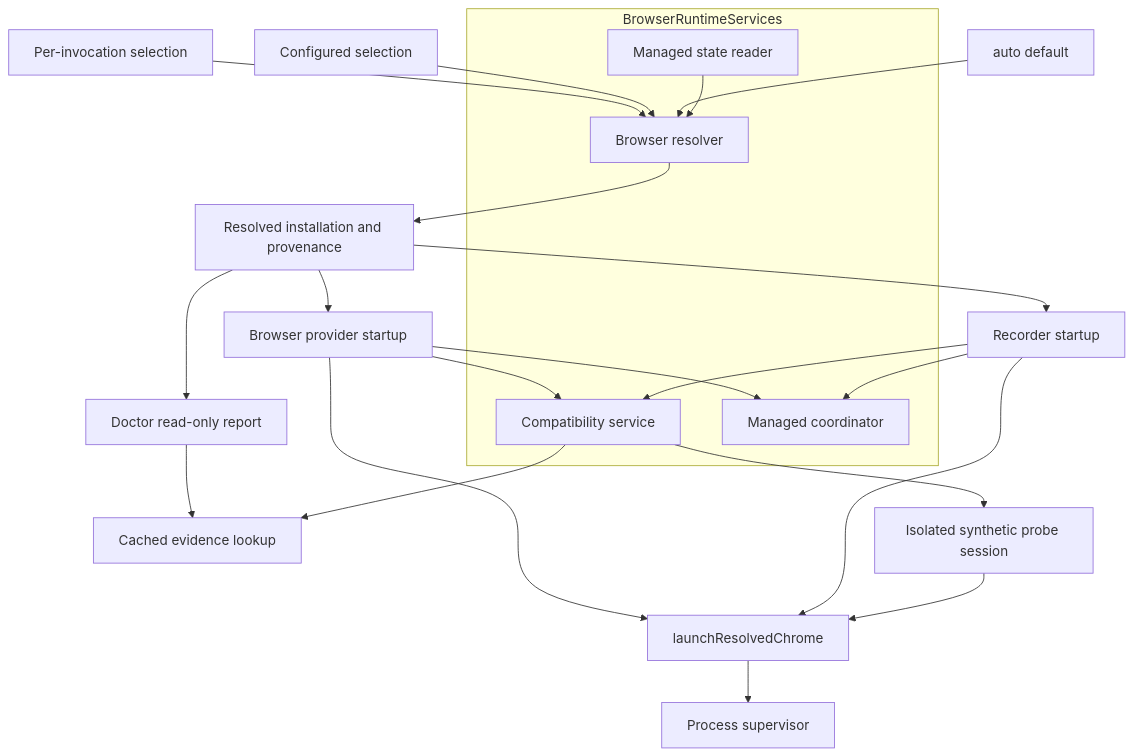
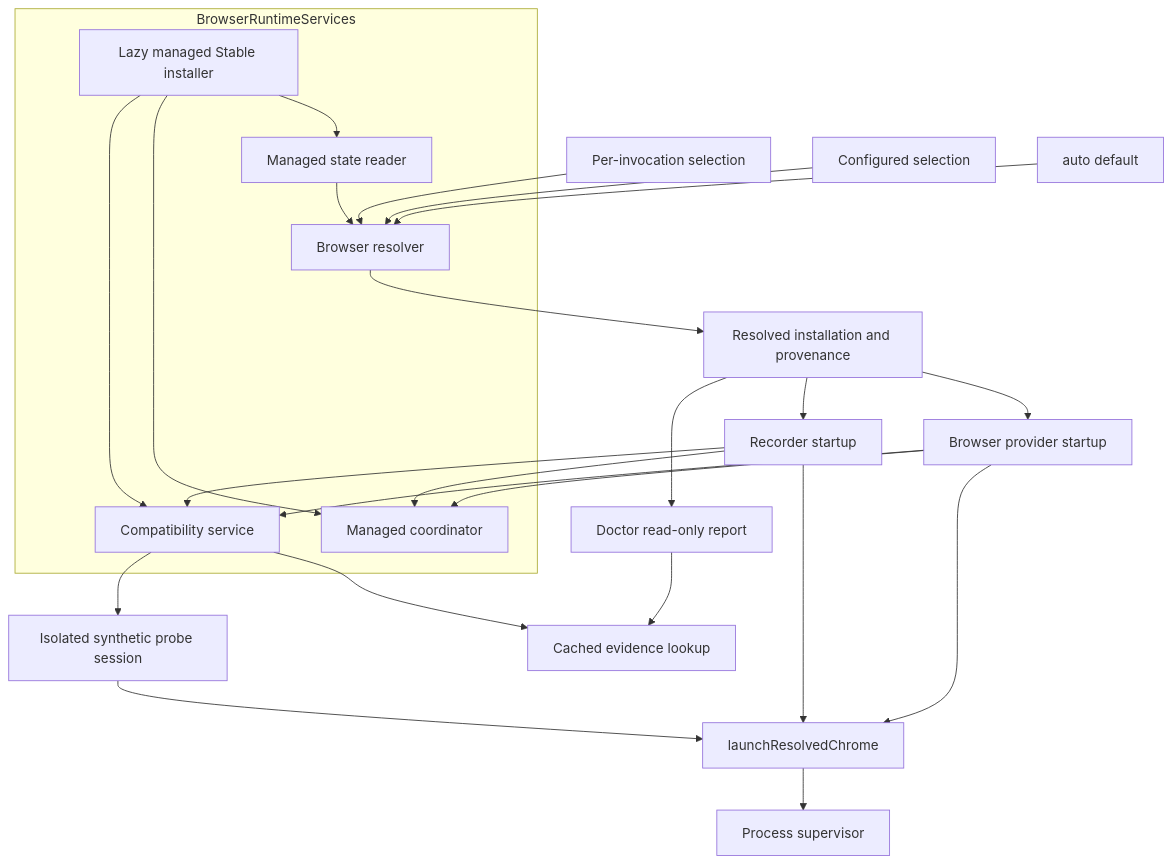
The fifth of 19 diagrams in docs/architecture.md (abranjith/yantra), drawn with Mermaid before and after one commit. The commit also changed other lines of this file and 47 other files, not shown here.

Commit message:
core refactor managed stable installation

````diff
--- a/docs/architecture.md
+++ b/docs/architecture.md
@@ -185,30 +190,34 @@
 ```mermaid
 flowchart TD
   Invocation[Per-invocation selection] --> Resolver
   Configured[Configured selection] --> Resolver
   Default[auto default] --> Resolver
 
   subgraph Services[BrowserRuntimeServices]
     Resolver[Browser resolver]
     Compatibility[Compatibility service]
     Coordinator[Managed coordinator]
     ManagedState[Managed state reader]
+    Installer[Lazy managed Stable installer]
   end
 
   ManagedState --> Resolver
+  Installer --> ManagedState
+  Installer --> Coordinator
+  Installer --> Compatibility
   Resolver --> Installation[Resolved installation and provenance]
   Installation --> Provider[Browser provider startup]
   Installation --> Recorder[Recorder startup]
   Installation --> Doctor[Doctor read-only report]
   Provider --> Coordinator
   Recorder --> Coordinator
   Provider --> Compatibility
   Recorder --> Compatibility
   Doctor --> Evidence[Cached evidence lookup]
   Compatibility --> Evidence
   Compatibility --> Probe[Isolated synthetic probe session]
   Provider --> Launch[launchResolvedChrome]
   Recorder --> Launch
   Probe --> Launch
   Launch --> Supervisor[Process supervisor]
 ```
````
